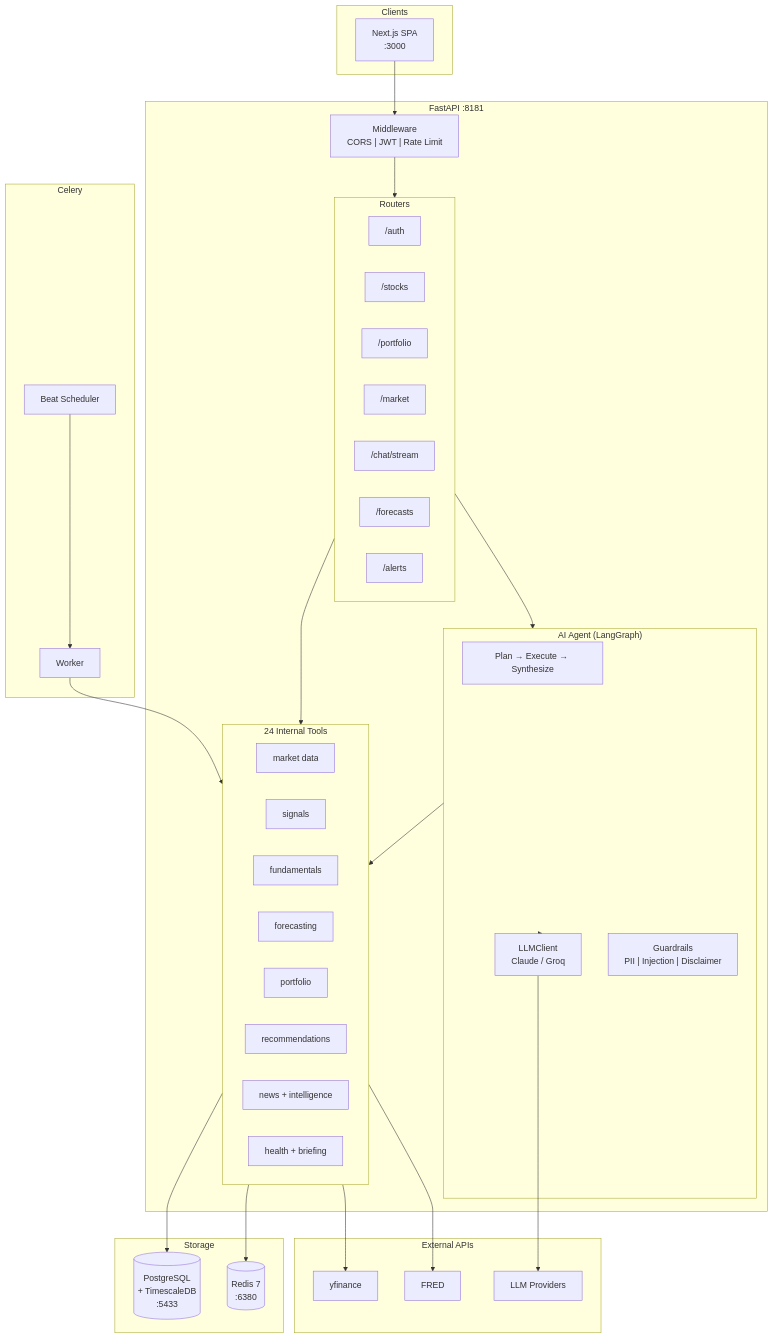
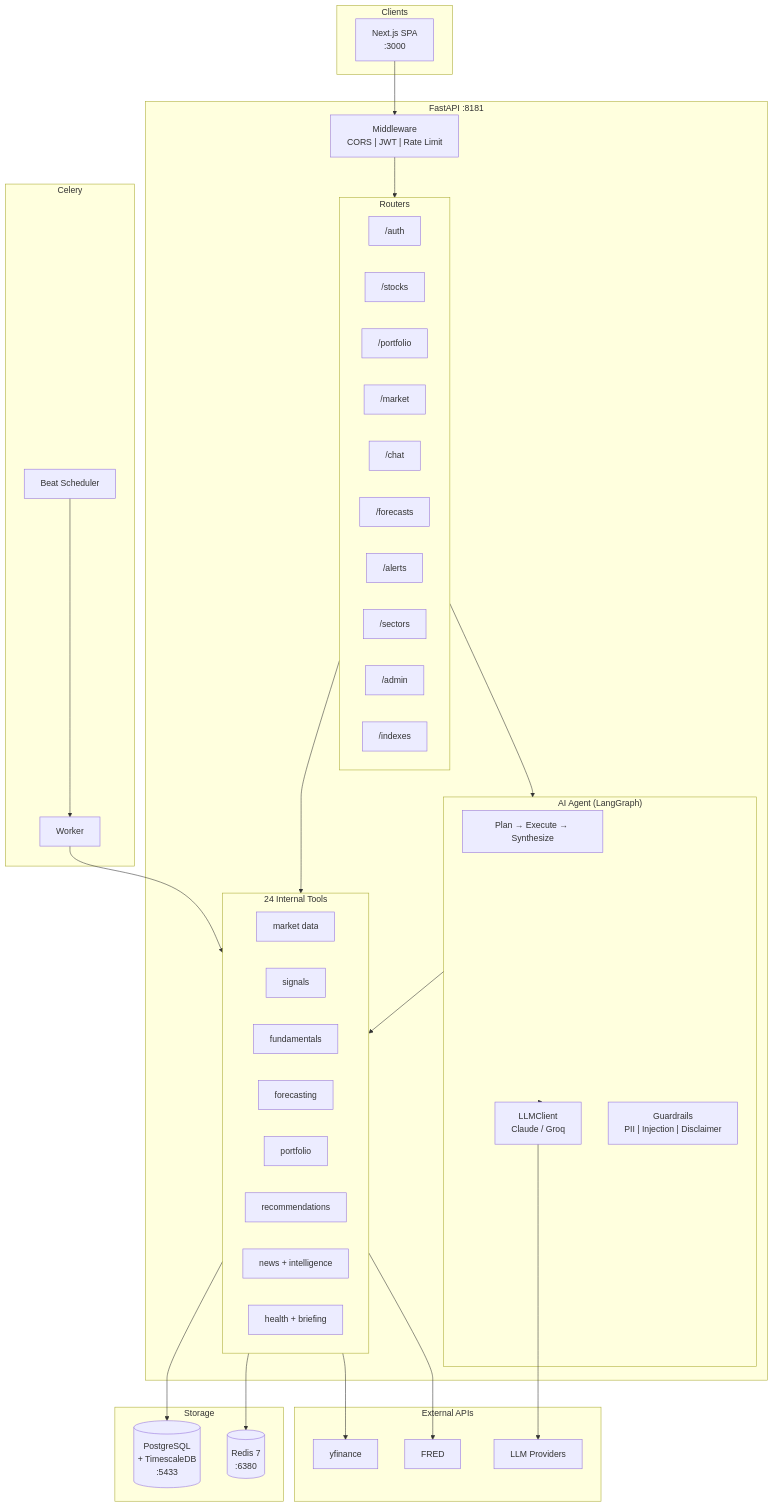
One commit to vipulbhatia29/stock-signal-platform changed the diagram in README.md. Above: the diagram before and after it, drawn with Mermaid. The commit also changed 7 other files, not shown here.

First line of the commit message:
[KAN-175] Comprehensive TDD + FSD + Architecture doc refresh

````diff
--- a/README.md
+++ b/README.md
@@ -254,67 +254,70 @@
 ```mermaid
 graph TB
     subgraph Clients
         NextJS["Next.js SPA<br/>:3000"]
     end
 
     subgraph FastAPI["FastAPI :8181"]
         MW["Middleware<br/>CORS | JWT | Rate Limit"]
 
         subgraph Routers
             R_Auth["/auth"]
             R_Stocks["/stocks"]
             R_Portfolio["/portfolio"]
             R_Market["/market"]
-            R_Chat["/chat/stream"]
+            R_Chat["/chat"]
             R_Forecast["/forecasts"]
             R_Alerts["/alerts"]
+            R_Sectors["/sectors"]
+            R_Admin["/admin"]
+            R_Indexes["/indexes"]
         end
 
         subgraph Tools["24 Internal Tools"]
             T_Market["market data"]
             T_Signals["signals"]
             T_Fund["fundamentals"]
             T_Forecast["forecasting"]
             T_Portfolio["portfolio"]
             T_Recs["recommendations"]
             T_Intel["news + intelligence"]
             T_Health["health + briefing"]
         end
 
         subgraph Agent["AI Agent (LangGraph)"]
             AG["Plan → Execute → Synthesize"]
             LLM["LLMClient<br/>Claude / Groq"]
             Guards["Guardrails<br/>PII | Injection | Disclaimer"]
         end
     end
 
     subgraph Storage
         PG[("PostgreSQL<br/>+ TimescaleDB<br/>:5433")]
         Redis[("Redis 7<br/>:6380")]
     end
 
     subgraph Background["Celery"]
         CW["Worker"]
         CB["Beat Scheduler"]
     end
 
     subgraph External["External APIs"]
         YF["yfinance"]
         FRED["FRED"]
         Groq["LLM Providers"]
     end
 
     NextJS --> MW
     MW --> Routers
     Routers --> Tools
     Routers --> Agent
     Agent --> Tools
     Agent --> LLM
     Tools --> PG
     Tools --> Redis
     CB --> CW
     CW --> Tools
     Tools --> YF
     Tools --> FRED
     LLM --> Groq
 ```
````
